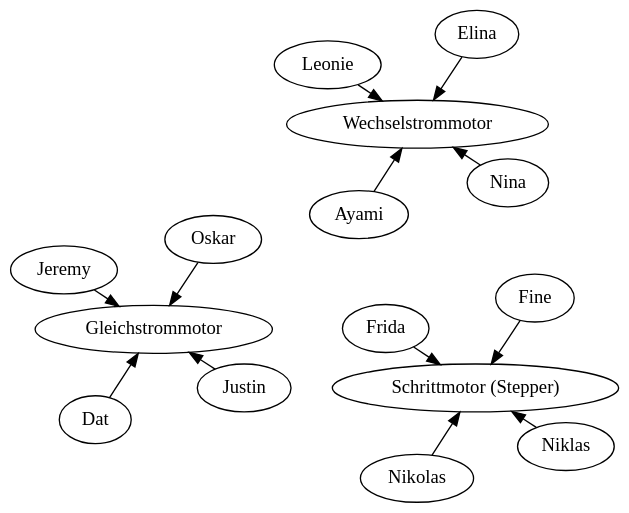
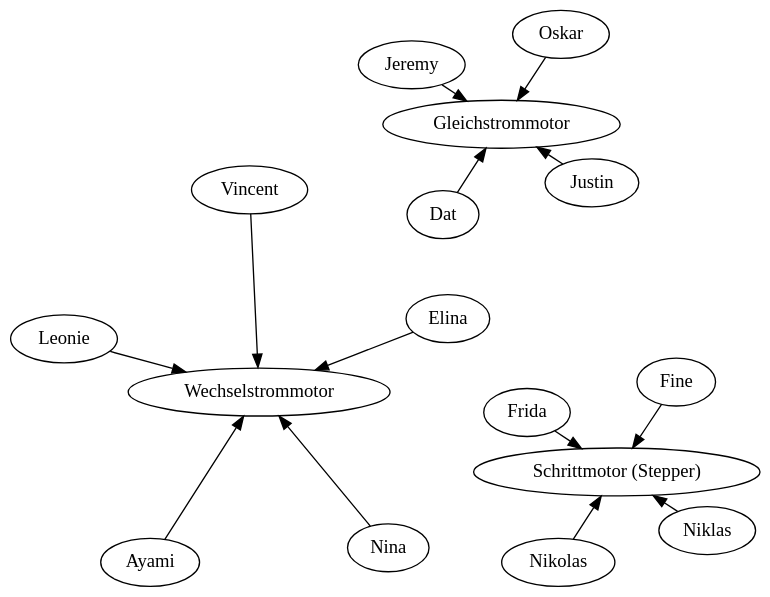
Before and after one commit to gruener-campus-malchow/material: the diagram in 2024/physik/gk12/img/arbeitsteilung_motoren.dot, drawn with Graphviz. The commit also changed 5 other files, not shown here.

```diff
--- a/2024/physik/gk12/img/arbeitsteilung_motoren.dot
+++ b/2024/physik/gk12/img/arbeitsteilung_motoren.dot
@@ -1,28 +1,29 @@
 digraph G {
   graph [fontname = "Handlee"];
   node [fontname = "Handlee"];
   edge [fontname = "Handlee"];
   bgcolor=transparent;
   layout=neato;
   overlap = false;
  
  g [label="Gleichstrommotor"]
  w [label="Wechselstrommotor"]
  s [label="Schrittmotor (Stepper)"]
  
  Justin -> g
  Dat -> g
  Jeremy -> g
  Oskar -> g
  
  Nina -> w
  Ayami -> w
  Leonie -> w
  Elina -> w
+ Vincent -> w
  
  Niklas -> s
  Nikolas -> s
  Frida -> s
  Fine -> s
  
 }
```
